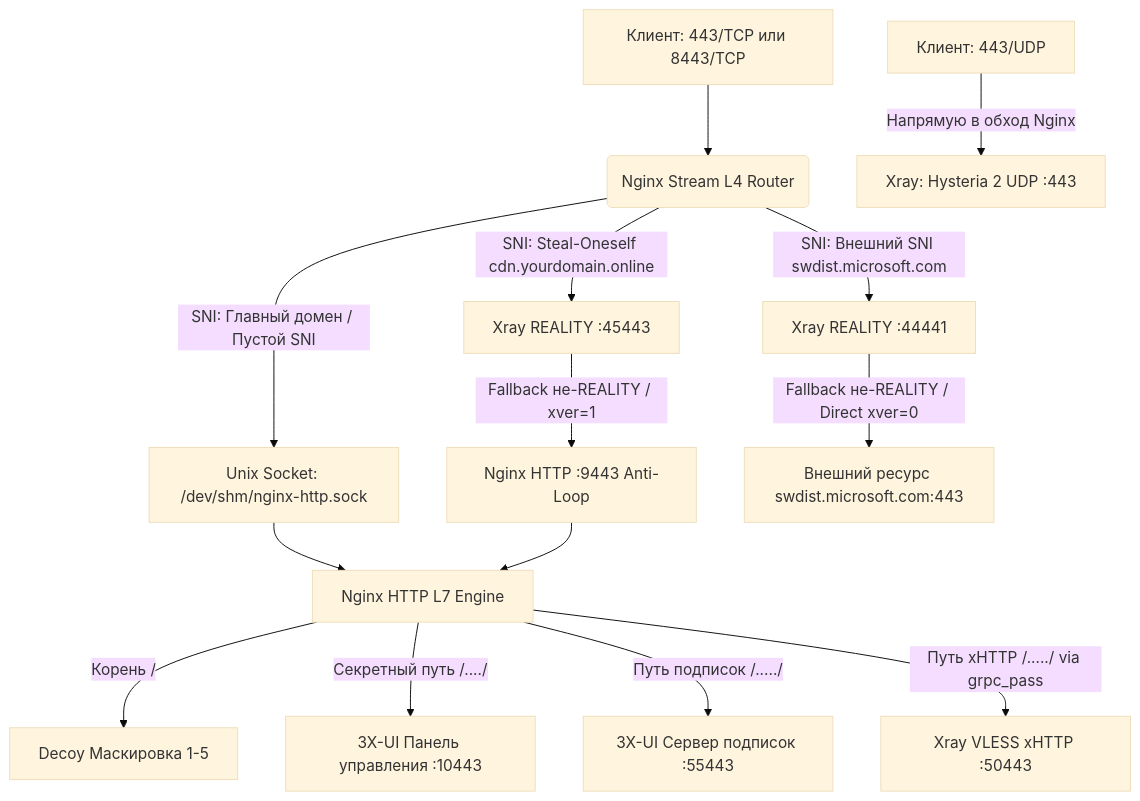
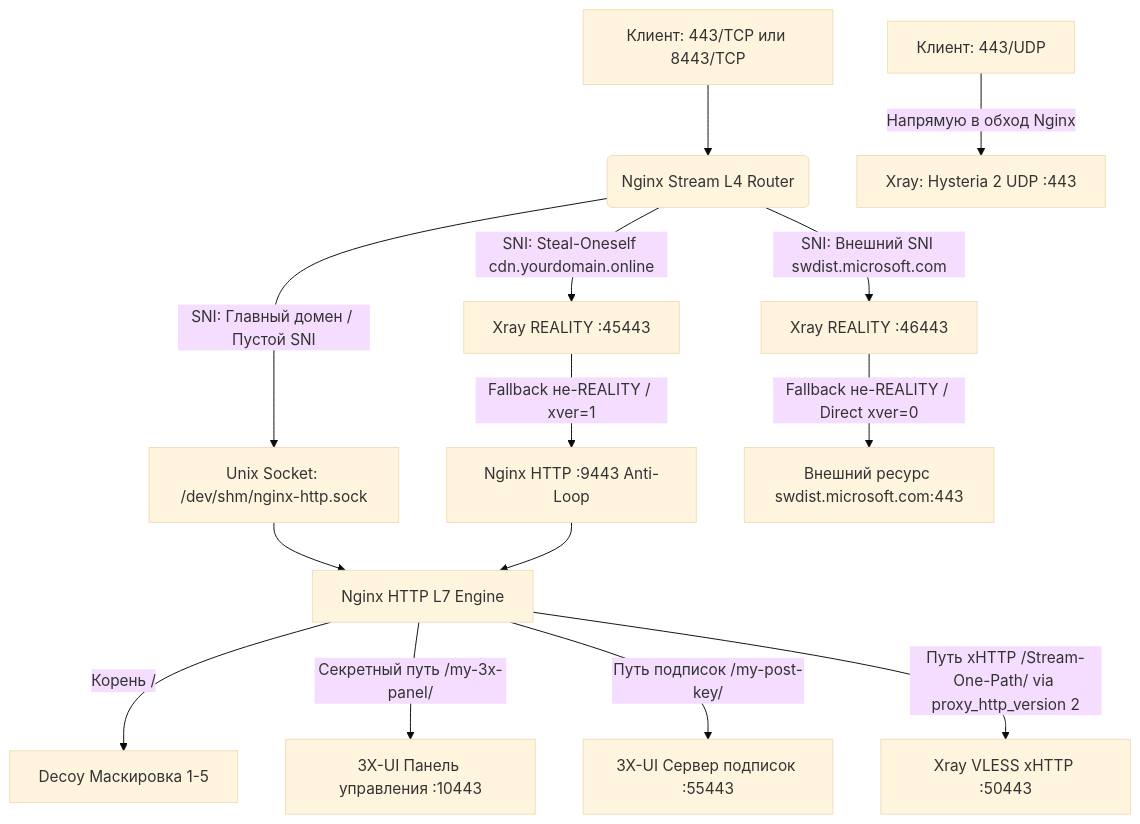
Before and after one commit to torrua/Nginx-L4-Stream-Router-Mask-for-3x-ui: the diagram in README.md, drawn with Mermaid (base theme). The commit also changed other lines of this file, not shown here.

````diff
--- a/README.md
+++ b/README.md
@@ -55,20 +58,20 @@
 ```mermaid
 graph TD
     Client443TCP[Клиент: 443/TCP или 8443/TCP] --> NginxStream(Nginx Stream L4 Router)
     Client443UDP[Клиент: 443/UDP] -->|Напрямую в обход Nginx| XrayHysteria[Xray: Hysteria 2 UDP :443]
 
     NginxStream -->|SNI: Главный домен / Пустой SNI| NginxSock[Unix Socket: /dev/shm/nginx-http.sock]
     NginxStream -->|SNI: Steal-Oneself cdn.yourdomain.online| XrayStealREALITY[Xray REALITY :45443]
-    NginxStream -->|SNI: Внешний SNI swdist.microsoft.com| XrayClassicREALITY[Xray REALITY :44441]
+    NginxStream -->|SNI: Внешний SNI swdist.microsoft.com| XrayClassicREALITY[Xray REALITY :46443]
 
     XrayStealREALITY -->|Fallback не-REALITY / xver=1| NginxFallbackHTTP[Nginx HTTP :9443 Anti-Loop]
     XrayClassicREALITY -->|Fallback не-REALITY / Direct xver=0| ExternalSite[Внешний ресурс swdist.microsoft.com:443]
 
     NginxSock --> NginxHTTPCore[Nginx HTTP L7 Engine]
     NginxFallbackHTTP --> NginxHTTPCore
 
     NginxHTTPCore -->|Корень /| DecoySite[Decoy Маскировка 1-5]
-    NginxHTTPCore -->|Секретный путь /..../| Panel3X[3X-UI Панель управления :10443]
-    NginxHTTPCore -->|Путь подписок /...../| PanelSub[3X-UI Сервер подписок :55443]
-    NginxHTTPCore -->|Путь xHTTP /...../ via grpc_pass| XrayXHTTP[Xray VLESS xHTTP :50443]
+    NginxHTTPCore -->|Секретный путь /my-3x-panel/| Panel3X[3X-UI Панель управления :10443]
+    NginxHTTPCore -->|Путь подписок /my-post-key/| PanelSub[3X-UI Сервер подписок :55443]
+    NginxHTTPCore -->|Путь xHTTP /Stream-One-Path/ via proxy_http_version 2| XrayXHTTP[Xray VLESS xHTTP :50443]
 ```
````
